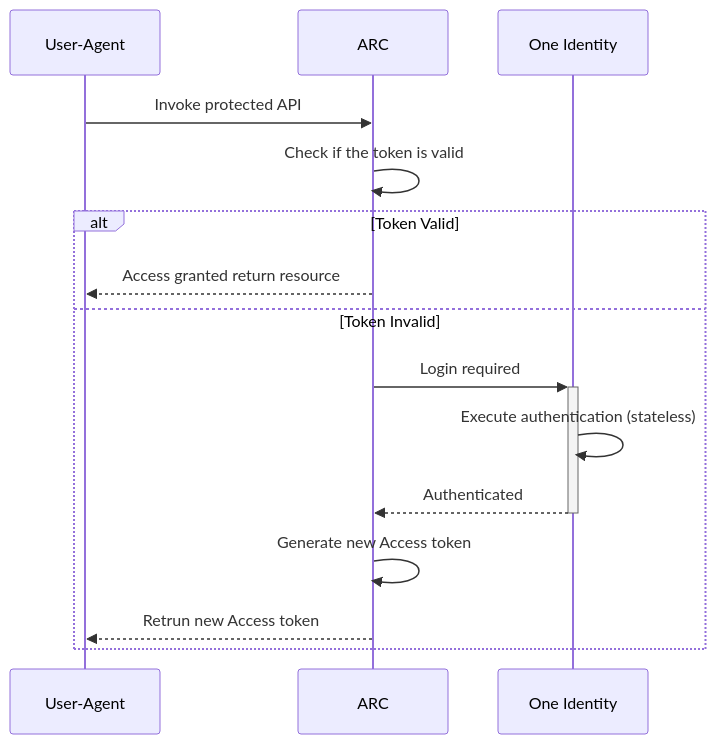
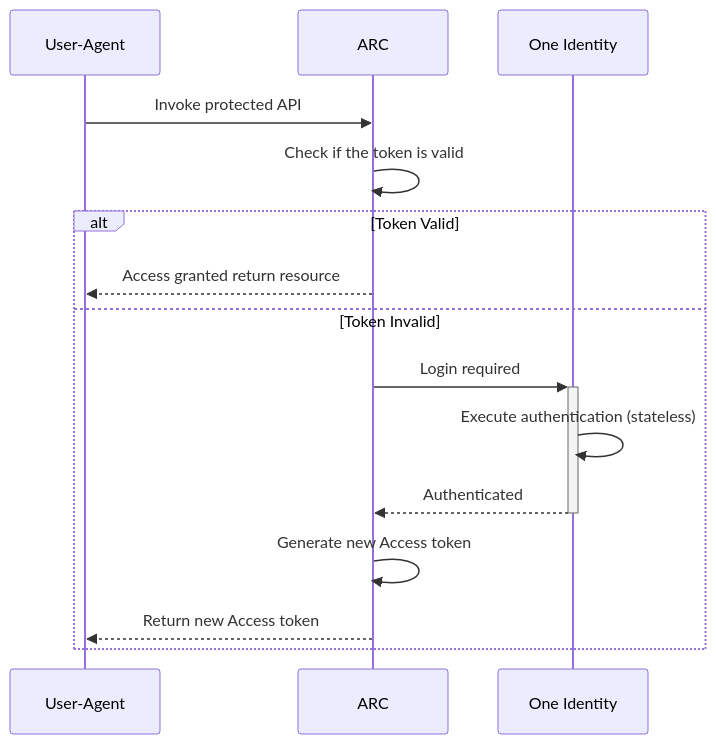
One commit to pagopa/p4pa-doc changed the diagram in design/arc/oneidentity-integration/sequence_diagram_system_characteristics.mmd. Above: the diagram before and after it, drawn with Mermaid.

Commit message:
P4PU-171 updated sequence

```diff
--- a/design/arc/oneidentity-integration/sequence_diagram_system_characteristics.mmd
+++ b/design/arc/oneidentity-integration/sequence_diagram_system_characteristics.mmd
@@ -1,16 +1,16 @@
 sequenceDiagram
     participant User-Agent
     participant ARC
     participant OneIdentity as One Identity
 
     User-Agent ->> ARC: Invoke protected API
     ARC ->> ARC: Check if the token is valid
     alt Token Valid
         ARC -->> User-Agent: Access granted return resource
     else Token Invalid
         ARC ->>+ OneIdentity: Login required
         OneIdentity ->> OneIdentity: Execute authentication (stateless)
         OneIdentity -->>- ARC: Authenticated
         ARC ->> ARC: Generate new Access token
-        ARC -->> User-Agent: Retrun new Access token
+        ARC -->> User-Agent: Return new Access token
     end
```
